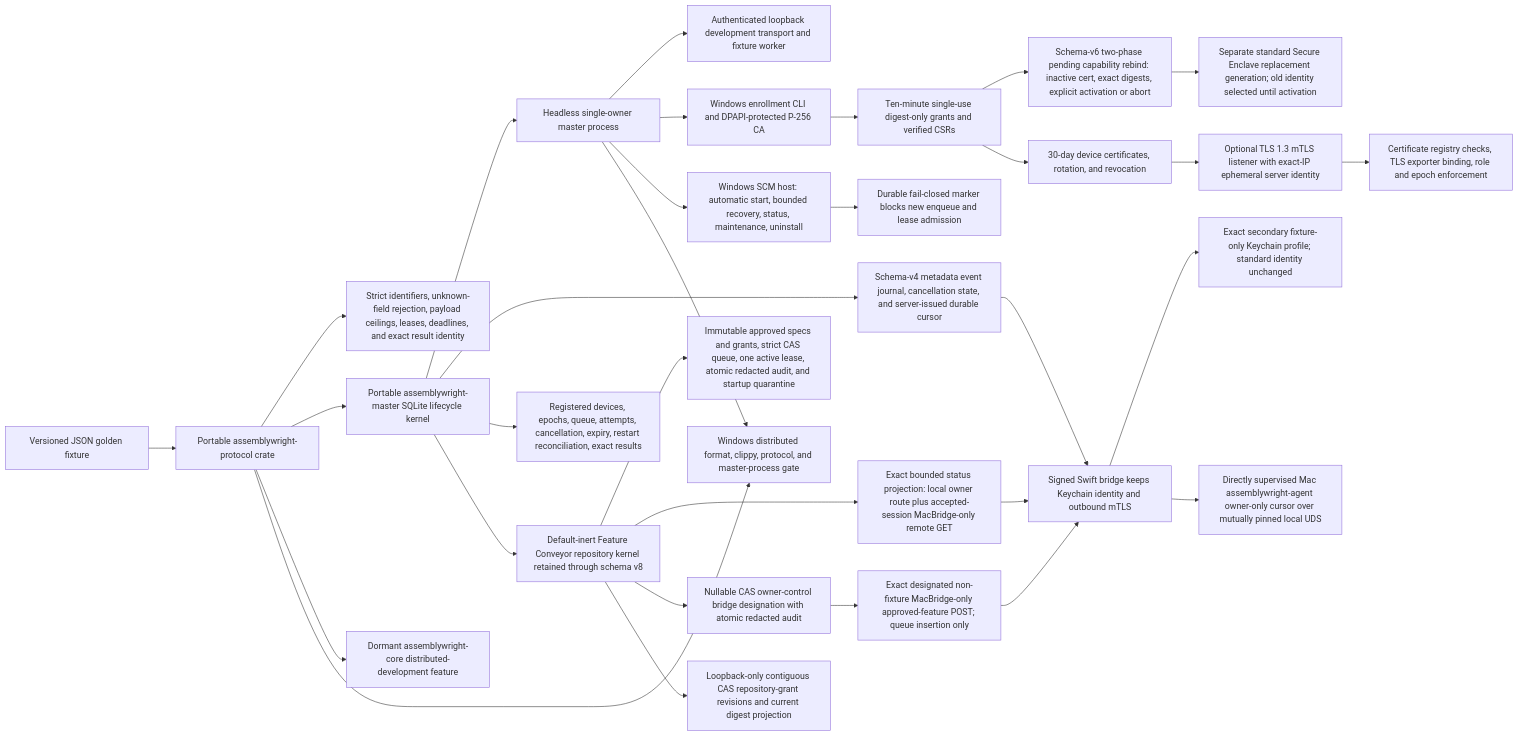
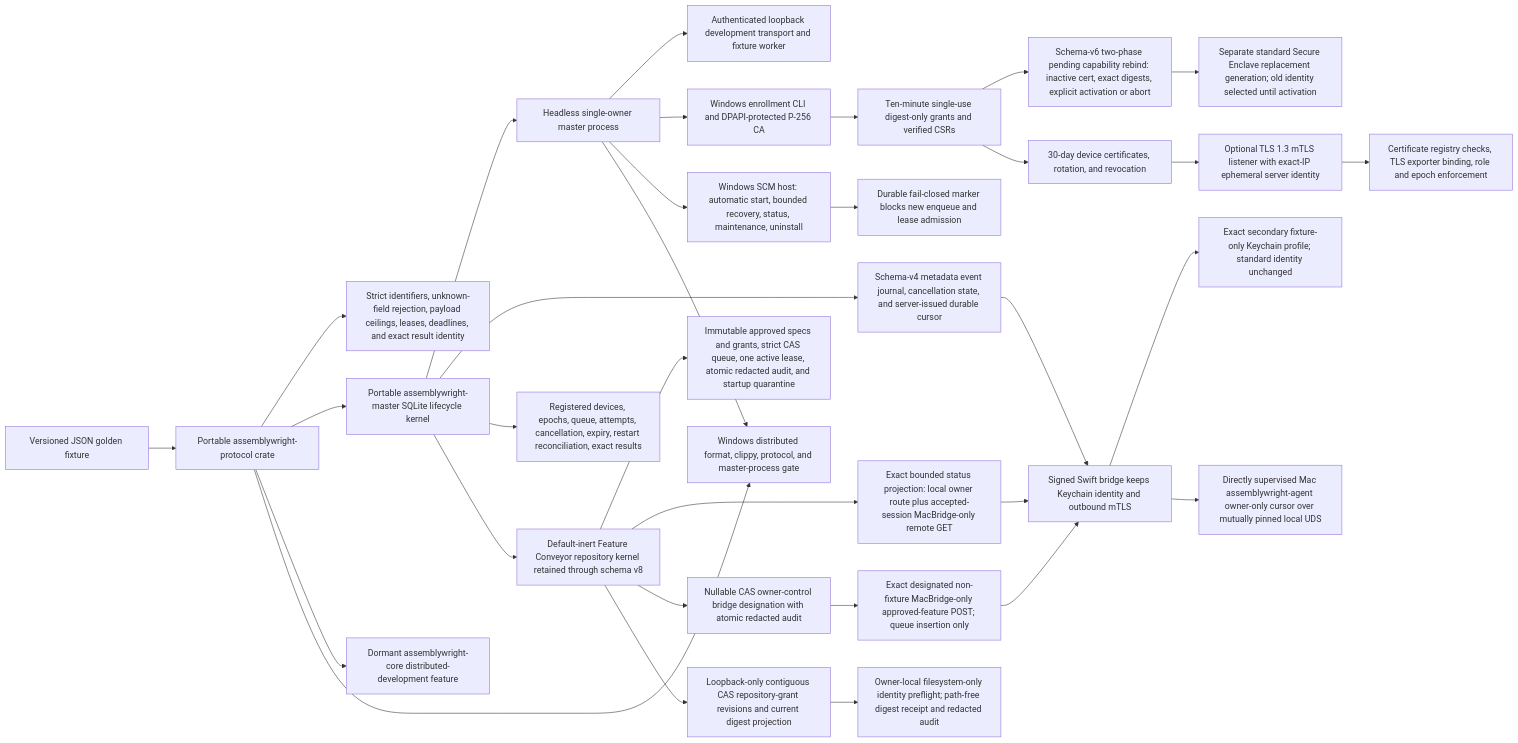
One commit to malak333/Assemblywright changed the first of 2 diagrams in docs/architecture-map.md. Above: the diagram before and after it, drawn with Mermaid. The commit also changed other lines of this file and 17 other files, not shown here.

Commit message:
Add bounded repository identity preflight

````diff
--- a/docs/architecture-map.md
+++ b/docs/architecture-map.md
@@ -7,33 +7,34 @@
 ```mermaid
 flowchart LR
   Fixture["Versioned JSON golden fixture"] --> Protocol["Portable assemblywright-protocol crate"]
   Protocol --> Bounds["Strict identifiers, unknown-field rejection, payload ceilings, leases, deadlines, and exact result identity"]
   Protocol --> Master["Portable assemblywright-master SQLite lifecycle kernel"]
   Master --> Process["Headless single-owner master process"]
   Process --> Local["Authenticated loopback development transport and fixture worker"]
   Process --> Identity["Windows enrollment CLI and DPAPI-protected P-256 CA"]
   Identity --> Grants["Ten-minute single-use digest-only grants and verified CSRs"]
   Grants --> Rebind["Schema-v6 two-phase pending capability rebind: inactive cert, exact digests, explicit activation or abort"]
   Rebind --> Replacement["Separate standard Secure Enclave replacement generation; old identity selected until activation"]
   Grants --> Certificates["30-day device certificates, rotation, and revocation"]
   Certificates --> Remote["Optional TLS 1.3 mTLS listener with exact-IP ephemeral server identity"]
   Remote --> Binding["Certificate registry checks, TLS exporter binding, role and epoch enforcement"]
   Master --> Events["Schema-v4 metadata event journal, cancellation state, and server-issued durable cursor"]
   Events --> Helper["Signed Swift bridge keeps Keychain identity and outbound mTLS"]
   Helper --> FixtureIdentity["Exact secondary fixture-only Keychain profile; standard identity unchanged"]
   Helper --> Agent["Directly supervised Mac assemblywright-agent owner-only cursor over mutually pinned local UDS"]
   Process --> Service["Windows SCM host: automatic start, bounded recovery, status, maintenance, uninstall"]
   Service --> Maintenance["Durable fail-closed marker blocks new enqueue and lease admission"]
   Master --> Durable["Registered devices, epochs, queue, attempts, cancellation, expiry, restart reconciliation, exact results"]
   Master --> Conveyor["Default-inert Feature Conveyor repository kernel retained through schema v8"]
   Conveyor --> ConveyorSafety["Immutable approved specs and grants, strict CAS queue, one active lease, atomic redacted audit, and startup quarantine"]
   Conveyor --> Observer["Exact bounded status projection: local owner route plus accepted-session MacBridge-only remote GET"]
   Observer --> Helper
   Conveyor --> OwnerDesignation["Nullable CAS owner-control bridge designation with atomic redacted audit"]
   Conveyor --> GrantControl["Loopback-only contiguous CAS repository-grant revisions and current digest projection"]
+  GrantControl --> RepositoryPreflight["Owner-local filesystem-only identity preflight; path-free digest receipt and redacted audit"]
   OwnerDesignation --> OwnerAction["Exact designated non-fixture MacBridge-only approved-feature POST; queue insertion only"]
   OwnerAction --> Helper
   Protocol --> Feature["Dormant assemblywright-core distributed-development feature"]
   Protocol --> Windows["Windows distributed format, clippy, protocol, and master-process gate"]
   Process --> Windows
 ```
````
